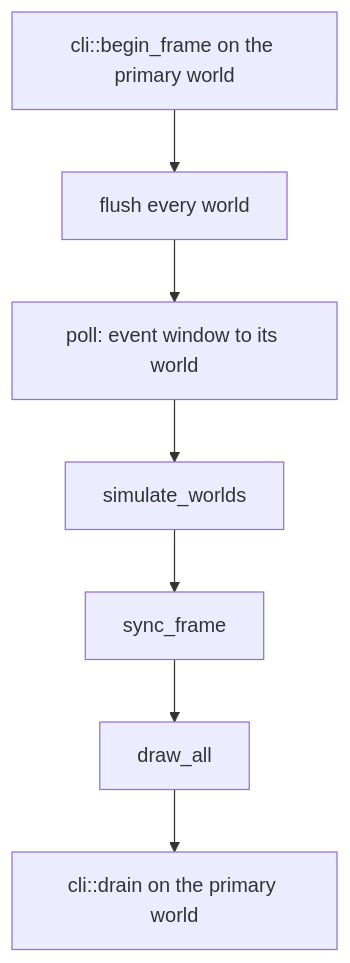
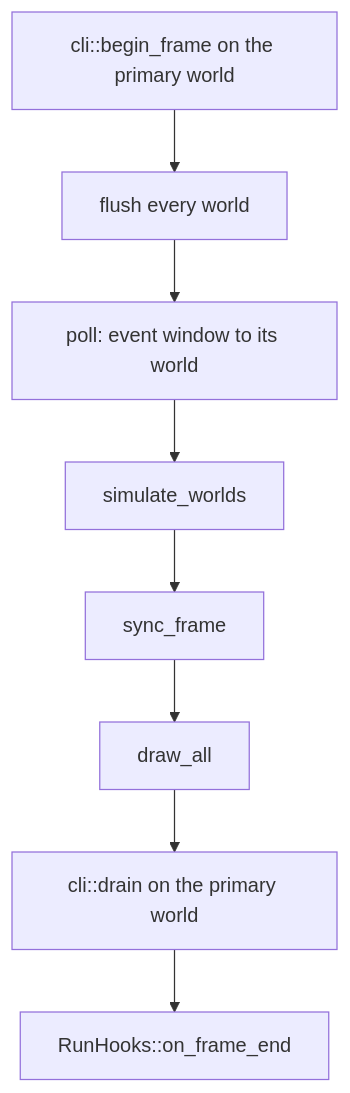
One commit to wismh/wind-engine changed the diagram in docs/tech/architecture/Runtime Loop.md. Above: the diagram before and after it, drawn with Mermaid. The commit also changed other lines of this file and 44 other files, not shown here.

Commit message:
wind-168 feat: extract the engine host, run hooks, and the game module entry

````diff
--- a/docs/tech/architecture/Runtime Loop.md
+++ b/docs/tech/architecture/Runtime Loop.md
@@ -39,9 +55,10 @@
 ```mermaid
 flowchart TD
   A["cli::begin_frame on the primary world"] --> B["flush every world"]
   B --> C["poll: event window to its world"]
   C --> D["simulate_worlds"]
   D --> E["sync_frame"]
   E --> F["draw_all"]
   F --> G["cli::drain on the primary world"]
+  G --> H["RunHooks::on_frame_end"]
 ```
````
